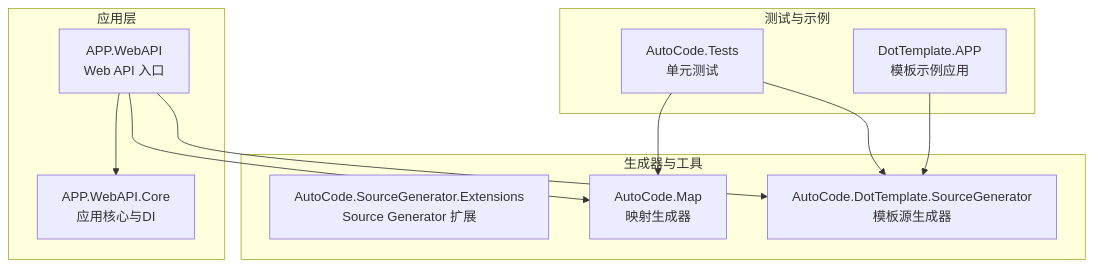
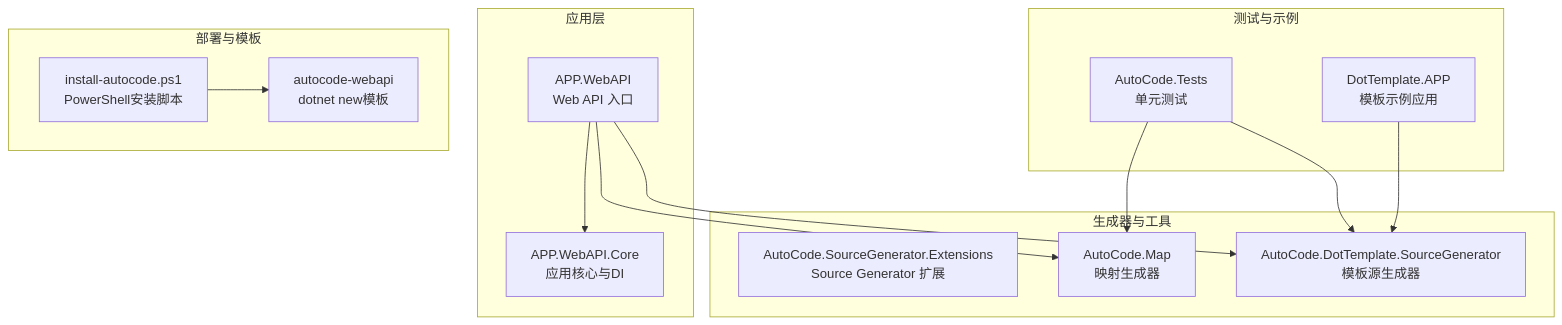
The first of 8 diagrams in .qoder/repowiki/zh/content/部署与发布/部署与发布.md (alivy/AutoCode), drawn with Mermaid before and after one commit. The commit also changed other lines of this file and 150 other files, not shown here.

````diff
--- a/.qoder/repowiki/zh/content/部署与发布/部署与发布.md
+++ b/.qoder/repowiki/zh/content/部署与发布/部署与发布.md
@@ -54,22 +68,27 @@
 ```mermaid
 graph TB
 subgraph "应用层"
 WebAPI["APP.WebAPI<br/>Web API 入口"]
 Core["APP.WebAPI.Core<br/>应用核心与DI"]
 end
 subgraph "生成器与工具"
 SGExt["AutoCode.SourceGenerator.Extensions<br/>Source Generator 扩展"]
 MapGen["AutoCode.Map<br/>映射生成器"]
 DotTplSG["AutoCode.DotTemplate.SourceGenerator<br/>模板源生成器"]
 end
 subgraph "测试与示例"
 Tests["AutoCode.Tests<br/>单元测试"]
 DotApp["DotTemplate.APP<br/>模板示例应用"]
 end
+subgraph "部署与模板"
+InstallScript["install-autocode.ps1<br/>PowerShell安装脚本"]
+WebApiTemplate["autocode-webapi<br/>dotnet new模板"]
+end
 WebAPI --> Core
 WebAPI --> MapGen
 WebAPI --> DotTplSG
 Tests --> MapGen
 Tests --> DotTplSG
 DotApp --> DotTplSG
+InstallScript --> WebApiTemplate
 ```
````
